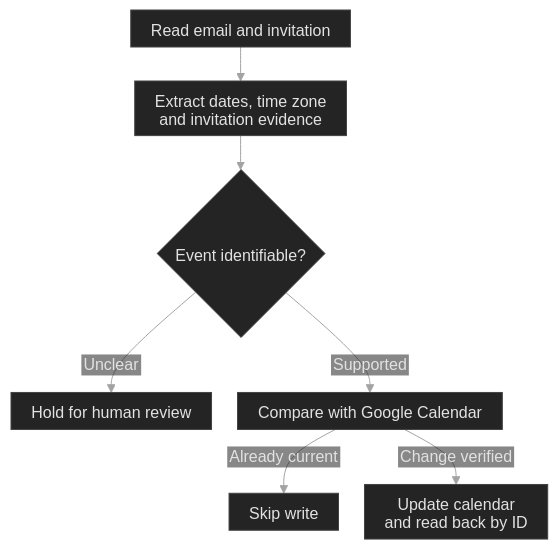
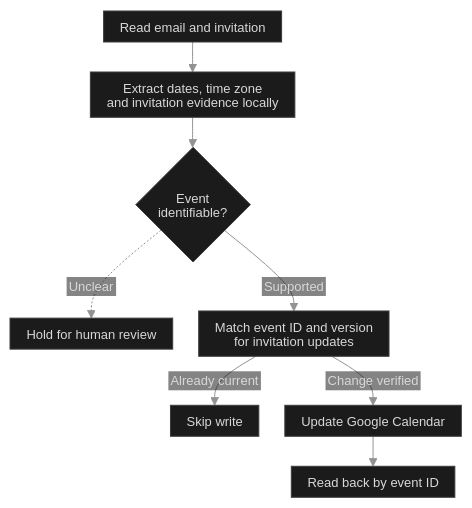
One commit to kazuall/finance-process-portfolio changed the diagram in diagrams/email.mmd. Above: the diagram before and after it, drawn with Mermaid. The commit also changed 43 other files, not shown here.

```diff
--- a/diagrams/email.mmd
+++ b/diagrams/email.mmd
@@ -1,35 +1,36 @@
 ---
 config:
   theme: base
   htmlLabels: false
   themeVariables:
     darkMode: true
-    background: '#101010'
+    background: '#0a0a0a'
     fontFamily: 'Inter, -apple-system, BlinkMacSystemFont, Segoe UI, sans-serif'
-    fontSize: '16px'
-    primaryColor: '#242424'
-    primaryTextColor: '#e2e2e2'
-    primaryBorderColor: '#434343'
-    lineColor: '#a3a3a3'
-    edgeLabelBackground: '#101010'
-    textColor: '#cdcdcd'
+    fontSize: '13px'
+    primaryColor: '#1b1b1b'
+    primaryTextColor: '#d8d8d8'
+    primaryBorderColor: '#3c3c3c'
+    lineColor: '#929292'
+    edgeLabelBackground: '#0a0a0a'
+    textColor: '#d8d8d8'
   flowchart:
     htmlLabels: false
     useMaxWidth: false
     nodeSpacing: 26
-    rankSpacing: 34
-    wrappingWidth: 270
-    padding: 10
+    rankSpacing: 30
+    wrappingWidth: 240
+    padding: 8
     diagramPadding: 5
     curve: basis
-  themeCSS: 'text,tspan{font-family:system-ui,sans-serif!important}.node rect.label-container{rx:3px;ry:3px}.node rect,.node polygon,.flowchart-link{stroke-width:1px!important}.edgeLabel .labelBkg{fill:#101010!important;opacity:1!important}.edgeLabel text{fill:#c4c4c4!important}'
+  themeCSS: 'text,tspan{font-family:system-ui,sans-serif!important;font-weight:400!important}.node rect.label-container{rx:3px;ry:3px}.node rect,.node polygon,.flowchart-link{stroke-width:.85px!important}.edgeLabel .labelBkg{fill:#0a0a0a!important;opacity:1!important}.edgeLabel text{fill:#bebebe!important}'
 ---
 flowchart TB
   accTitle: Calendar updates
   accDescr: Local extraction proposes a calendar change. Ambiguous evidence goes to human review. A supported invitation is matched to the calendar, where current events are skipped and changes are written and read back by ID.
-  mail["Read email and invitation"] --> extract["Extract dates, time zone<br/>and invitation evidence"]
-  extract --> proof{"Event identifiable?"}
-  proof -->|Unclear| review["Hold for human review"]
-  proof -->|Supported| match["Compare with Google Calendar"]
+  mail["Read email and invitation"] --> extract["Extract dates, time zone<br/>and invitation evidence locally"]
+  extract --> proof{"Event<br/>identifiable?"}
+  proof -.->|Unclear| review["Hold for human review"]
+  proof -->|Supported| match["Match event ID and version<br/>for invitation updates"]
   match -->|Already current| noop["Skip write"]
-  match -->|Change verified| write["Update calendar<br/>and read back by ID"]
+  match -->|Change verified| write["Update Google Calendar"]
+  write --> verify["Read back by event ID"]
```
